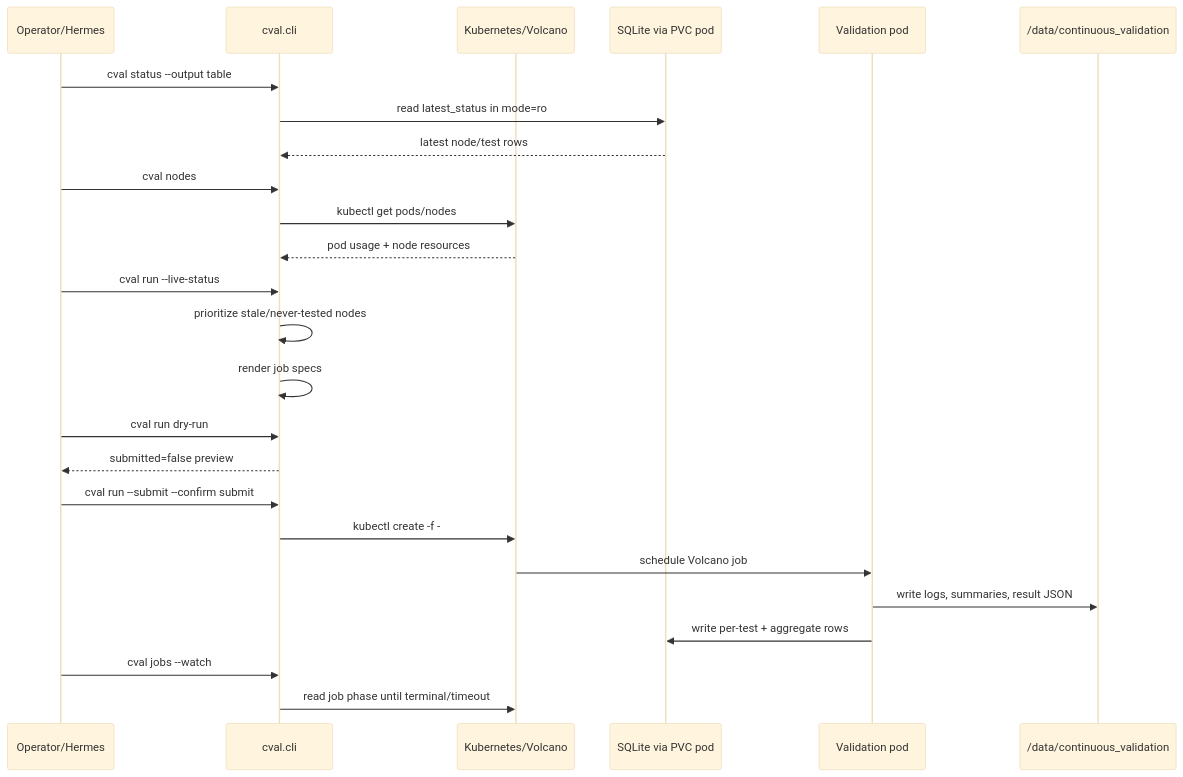
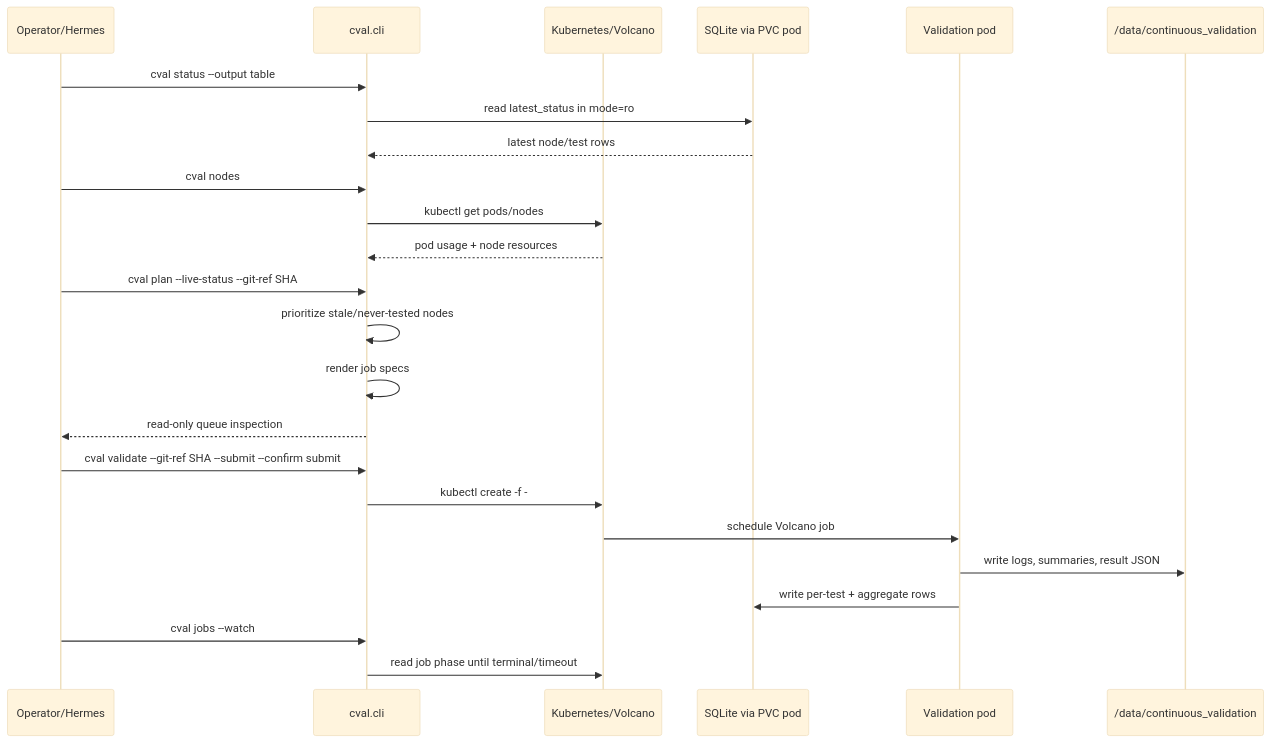
One commit to IamNirmata/c-val changed the first of 5 diagrams in docs/workflow.md. Above: the diagram before and after it, drawn with Mermaid (base theme). The commit also changed other lines of this file and 202 other files, not shown here.

````diff
--- a/docs/workflow.md
+++ b/docs/workflow.md
@@ -5,28 +5,27 @@
 ```mermaid
 sequenceDiagram
     participant User as Operator/Hermes
     participant CLI as cval.cli
     participant K8s as Kubernetes/Volcano
     participant DB as SQLite via PVC pod
     participant Pod as Validation pod
     participant PVC as /data/continuous_validation
 
     User->>CLI: cval status --output table
     CLI->>DB: read latest_status in mode=ro
     DB-->>CLI: latest node/test rows
     User->>CLI: cval nodes
     CLI->>K8s: kubectl get pods/nodes
     K8s-->>CLI: pod usage + node resources
-    User->>CLI: cval run --live-status
+    User->>CLI: cval plan --live-status --git-ref SHA
     CLI->>CLI: prioritize stale/never-tested nodes
     CLI->>CLI: render job specs
-    User->>CLI: cval run dry-run
-    CLI-->>User: submitted=false preview
-    User->>CLI: cval run --submit --confirm submit
+    CLI-->>User: read-only queue inspection
+    User->>CLI: cval validate --git-ref SHA --submit --confirm submit
     CLI->>K8s: kubectl create -f -
     K8s->>Pod: schedule Volcano job
     Pod->>PVC: write logs, summaries, result JSON
     Pod->>DB: write per-test + aggregate rows
     User->>CLI: cval jobs --watch
     CLI->>K8s: read job phase until terminal/timeout
 ```
````
